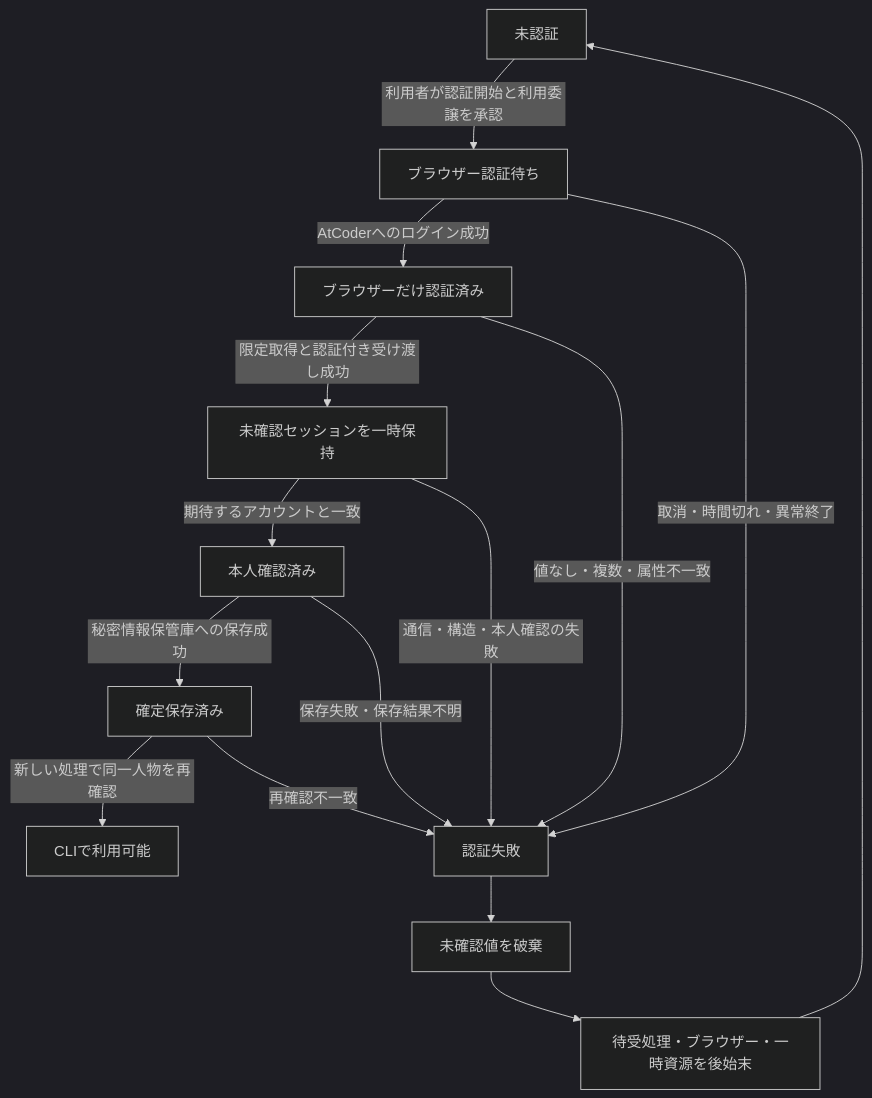
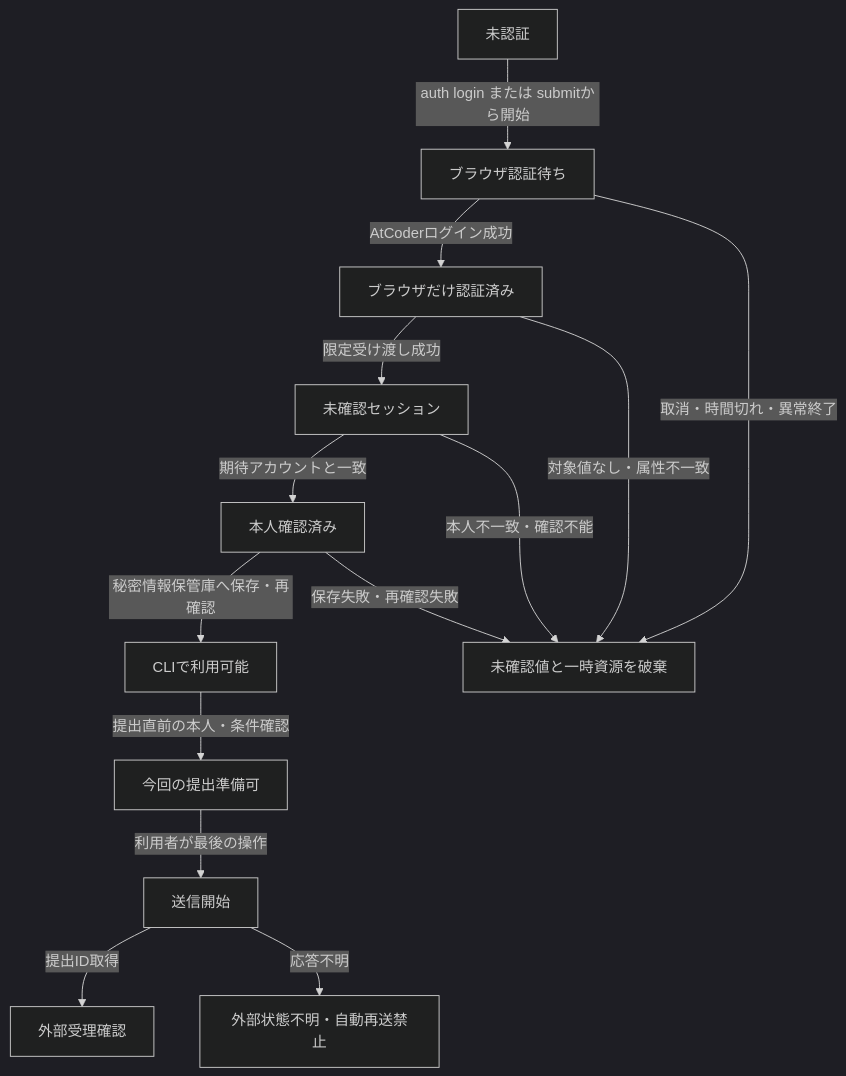
The diagram in docs/project/atcoder-authentication-authorization-boundary.md (mgmaru/algo-loom-design), drawn with Mermaid (dark theme) before and after one commit. The commit also changed other lines of this file and 13 other files, not shown here.

````diff
--- a/docs/project/atcoder-authentication-authorization-boundary.md
+++ b/docs/project/atcoder-authentication-authorization-boundary.md
@@ -152,19 +64,16 @@
 ```mermaid
 flowchart TD
-    A[未認証] -->|利用者が認証開始と利用委譲を承認| B[ブラウザー認証待ち]
-    B -->|AtCoderへのログイン成功| C[ブラウザーだけ認証済み]
-    C -->|限定取得と認証付き受け渡し成功| D[未確認セッションを一時保持]
-    D -->|期待するアカウントと一致| E[本人確認済み]
-    E -->|秘密情報保管庫への保存成功| F[確定保存済み]
-    F -->|新しい処理で同一人物を再確認| G[CLIで利用可能]
-
-    B -->|取消・時間切れ・異常終了| X[認証失敗]
-    C -->|値なし・複数・属性不一致| X
-    D -->|通信・構造・本人確認の失敗| X
-    E -->|保存失敗・保存結果不明| X
-    F -->|再確認不一致| X
-
-    X --> Y[未確認値を破棄]
-    Y --> Z[待受処理・ブラウザー・一時資源を後始末]
-    Z --> A
+    A[未認証] -->|auth login または submitから開始| B[ブラウザ認証待ち]
+    B -->|AtCoderログイン成功| C[ブラウザだけ認証済み]
+    C -->|限定受け渡し成功| D[未確認セッション]
+    D -->|期待アカウントと一致| E[本人確認済み]
+    E -->|秘密情報保管庫へ保存・再確認| F[CLIで利用可能]
+    F -->|提出直前の本人・条件確認| G[今回の提出準備可]
+    G -->|利用者が最後の操作| H[送信開始]
+    H -->|提出ID取得| I[外部受理確認]
+    H -->|応答不明| J[外部状態不明・自動再送禁止]
+    B -->|取消・時間切れ・異常終了| X[未確認値と一時資源を破棄]
+    C -->|対象値なし・属性不一致| X
+    D -->|本人不一致・確認不能| X
+    E -->|保存失敗・再確認失敗| X
 ```
````
